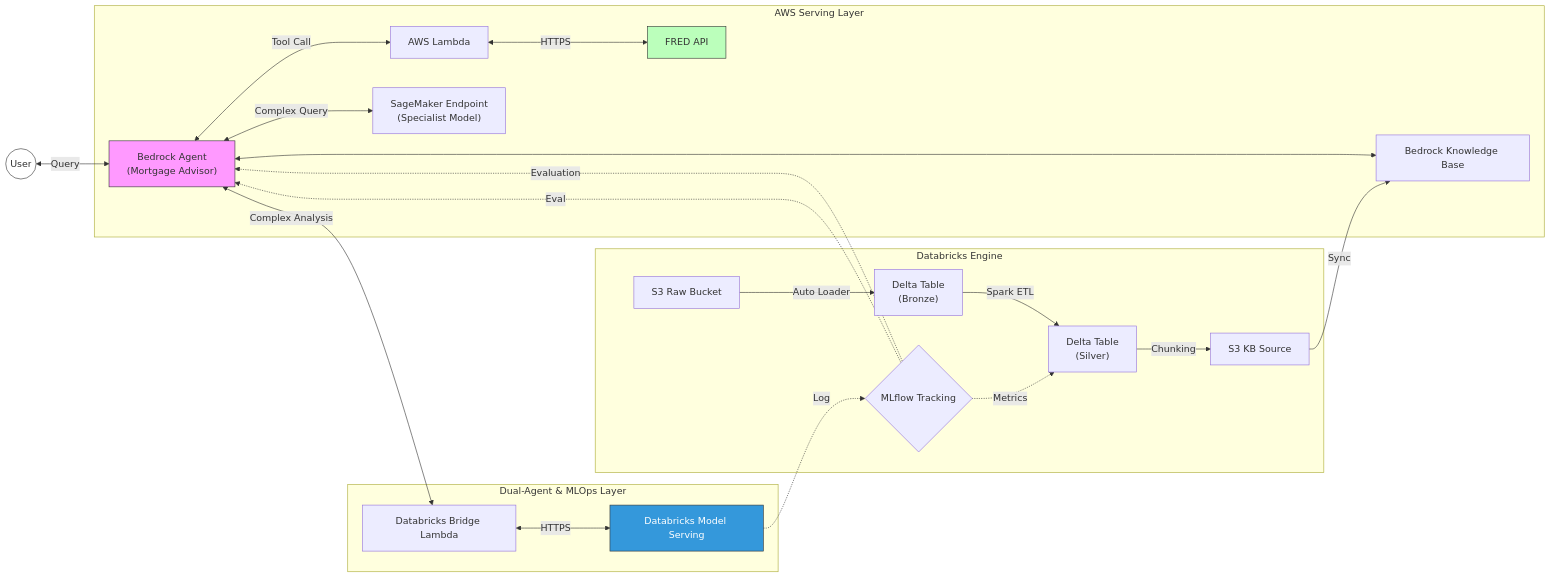
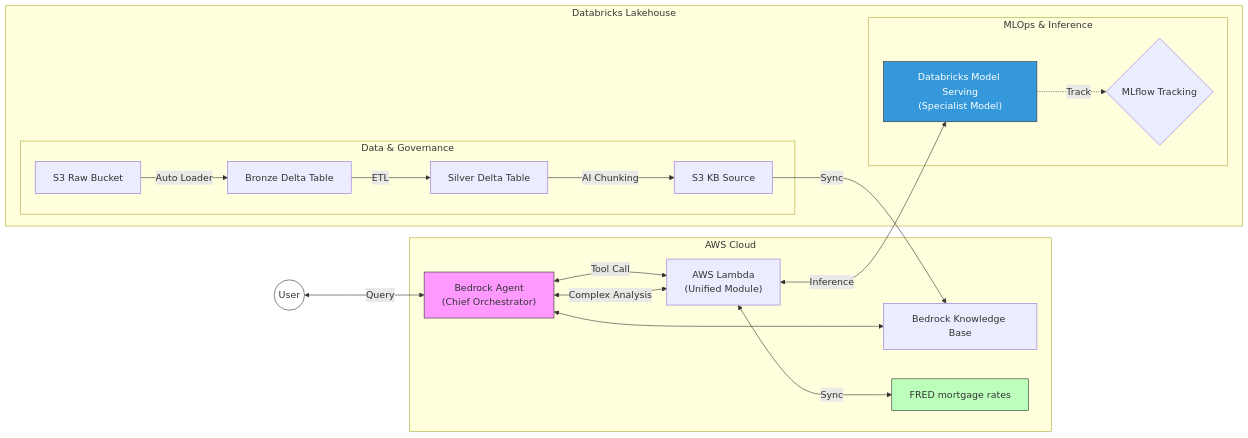
One commit to corganfuzz/brix-infra-aws changed the second of 2 diagrams in README.md. Above: the diagram before and after it, drawn with Mermaid. The commit also changed other lines of this file, not shown here.

Commit message:
docs: update README with dual-agent architecture and refactored infra pattern

````diff
--- a/README.md
+++ b/README.md
@@ -112,34 +113,33 @@
 ```mermaid
 graph LR
-    User((User)) <-->|Query| Agent["Bedrock Agent<br>(Mortgage Advisor)"]
+    User((User)) <-->|Query| Agent["Bedrock Agent<br>(Chief Orchestrator)"]
     
-    subgraph AWS_Serving ["AWS Serving Layer"]
+    subgraph AWS_Layer ["AWS Cloud"]
         Agent <--> KB[Bedrock Knowledge Base]
-        Agent <-->|Tool Call| Lambda[AWS Lambda]
-        Lambda <-->|HTTPS| FRED_API[FRED API]
-        Agent <-->|Complex Query| SM["SageMaker Endpoint<br>(Specialist Model)"]
+        Agent <-->|Tool Call| Lambdas["AWS Lambda<br>(Unified Module)"]
+        Lambdas <-->|Sync| FRED_API[FRED mortgage rates]
     end
     
-    subgraph Databricks_Engine ["Databricks Engine"]
-        Raw[S3 Raw Bucket] -->|Auto Loader| Bronze["Delta Table<br>(Bronze)"]
-        Bronze -->|Spark ETL| Silver["Delta Table<br>(Silver)"]
-        Silver -->|Chunking| JSONL[S3 KB Source]
-        
-        MLflow{MLflow Tracking} -.->|Metrics| Silver
-        MLflow -.->|Evaluation| Agent
+    subgraph Databricks_Layer ["Databricks Lakehouse"]
+        subgraph Data_Engineering ["Data & Governance"]
+            Raw[S3 Raw Bucket] -->|Auto Loader| Bronze["Bronze Delta Table"]
+            Bronze -->|ETL| Silver["Silver Delta Table"]
+            Silver -->|AI Chunking| JSONL[S3 KB Source]
+        end
+
+        subgraph AI_Inference ["MLOps & Inference"]
+            DBS["Databricks Model Serving<br>(Specialist Model)"]
+            MLflow{MLflow Tracking}
+        end
     end
     
+    Agent <-->|Complex Analysis| Lambdas
+    Lambdas <-->|Inference| DBS
+    DBS -.->|Track| MLflow
     JSONL -->|Sync| KB
     
     style User fill:#fff,stroke:#333
     style Agent fill:#f9f,stroke:#333
     style FRED_API fill:#bfb,stroke:#333
     style DBS fill:#3498db,color:#fff,stroke:#333
-
-    subgraph Dual_Agent_Expertise ["Dual-Agent & MLOps Layer"]
-        Agent <-->|Complex Analysis| Bridge[Databricks Bridge Lambda]
-        Bridge <-->|HTTPS| DBS[Databricks Model Serving]
-        DBS -.->|Log| MLflow
-        MLflow -.->|Eval| Agent
-    end
 ```
````
